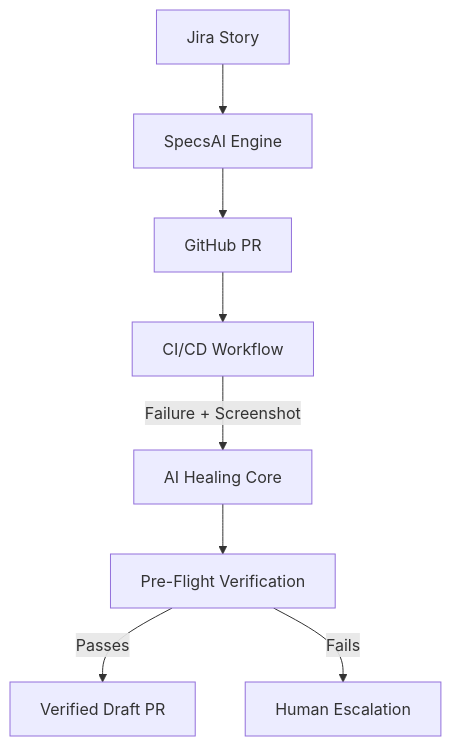
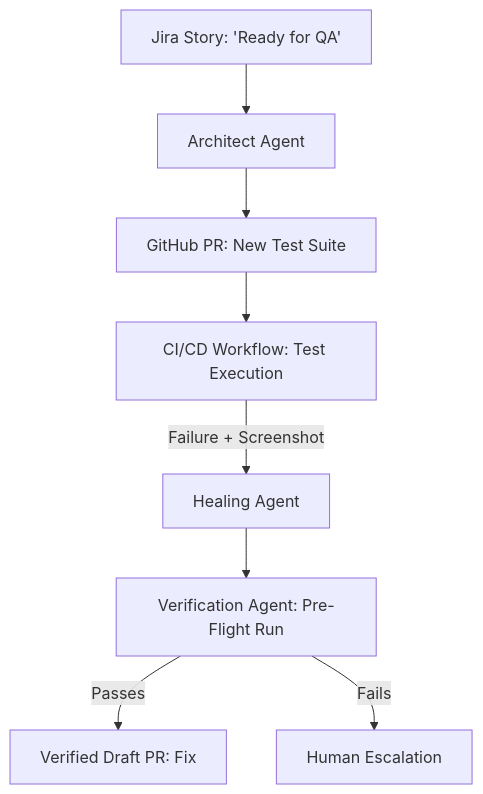
Before and after one commit to pdabholegithub/specs-ai: the diagram in README.md, drawn with Mermaid. The commit also changed other lines of this file and 17 other files, not shown here.

````diff
--- a/README.md
+++ b/README.md
@@ -61,10 +90,10 @@
 ```mermaid
 graph TD
-    J[Jira Story] --> S[SpecsAI Engine]
-    S --> G[GitHub PR]
-    G --> C[CI/CD Workflow]
-    C -- Failure + Screenshot --> H[AI Healing Core]
-    H --> V[Pre-Flight Verification]
-    V -- Passes --> P[Verified Draft PR]
+    J[Jira Story: 'Ready for QA'] --> S[Architect Agent]
+    S --> G[GitHub PR: New Test Suite]
+    G --> C[CI/CD Workflow: Test Execution]
+    C -- Failure + Screenshot --> H[Healing Agent]
+    H --> V[Verification Agent: Pre-Flight Run]
+    V -- Passes --> P[Verified Draft PR: Fix]
     V -- Fails --> X[Human Escalation]
 ```
````
